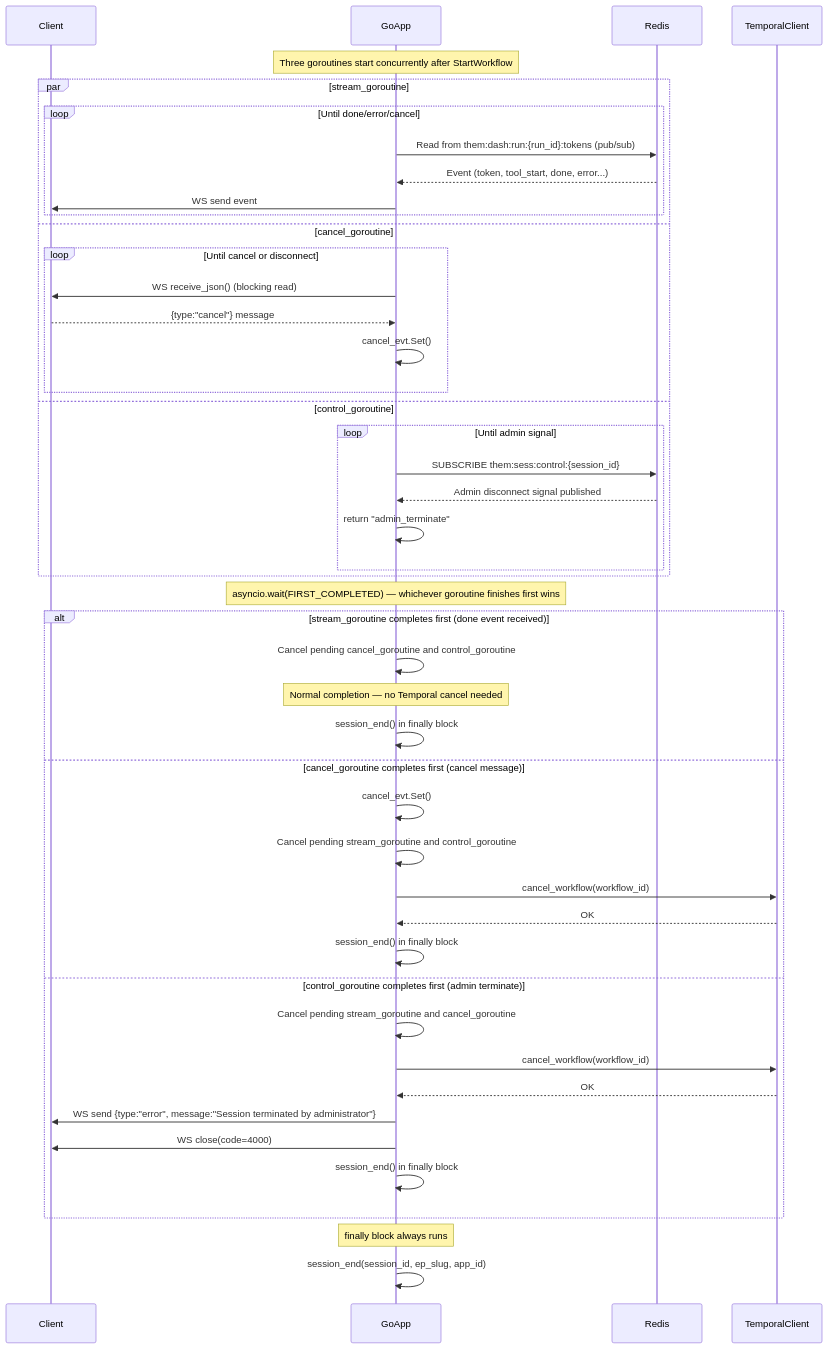
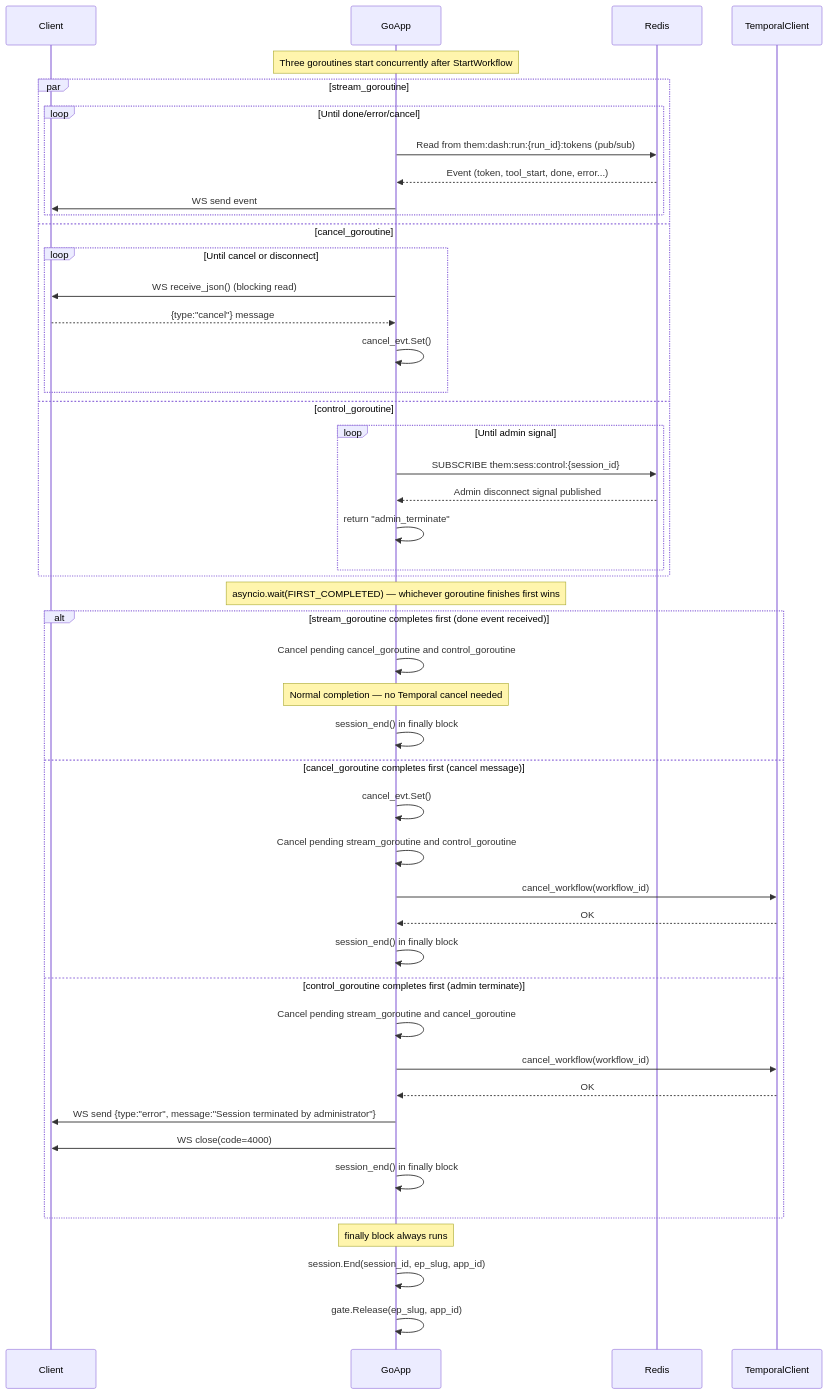
The second of 6 diagrams in theM_gateway/docs/architecture-v2/10-sequence-diagrams.md (aviciot/theM), drawn with Mermaid before and after one commit. The commit also changed other lines of this file and 4 other files, not shown here.

````diff
--- a/theM_gateway/docs/architecture-v2/10-sequence-diagrams.md
+++ b/theM_gateway/docs/architecture-v2/10-sequence-diagrams.md
@@ -107,53 +117,54 @@
 ```mermaid
 sequenceDiagram
     participant C as Client
     participant GA as GoApp
     participant Redis as Redis
     participant TC as TemporalClient
 
     Note over GA: Three goroutines start concurrently after StartWorkflow
 
     par stream_goroutine
         loop Until done/error/cancel
             GA->>Redis: Read from them:dash:run:{run_id}:tokens (pub/sub)
             Redis-->>GA: Event (token, tool_start, done, error...)
             GA->>C: WS send event
         end
     and cancel_goroutine
         loop Until cancel or disconnect
             GA->>C: WS receive_json() (blocking read)
             C-->>GA: {type:"cancel"} message
             GA->>GA: cancel_evt.Set()
         end
     and control_goroutine
         loop Until admin signal
             GA->>Redis: SUBSCRIBE them:sess:control:{session_id}
             Redis-->>GA: Admin disconnect signal published
             GA->>GA: return "admin_terminate"
         end
     end
 
     Note over GA: asyncio.wait(FIRST_COMPLETED) — whichever goroutine finishes first wins
 
     alt stream_goroutine completes first (done event received)
         GA->>GA: Cancel pending cancel_goroutine and control_goroutine
         Note over GA: Normal completion — no Temporal cancel needed
         GA->>GA: session_end() in finally block
     else cancel_goroutine completes first (cancel message)
         GA->>GA: cancel_evt.Set()
         GA->>GA: Cancel pending stream_goroutine and control_goroutine
         GA->>TC: cancel_workflow(workflow_id)
         TC-->>GA: OK
         GA->>GA: session_end() in finally block
     else control_goroutine completes first (admin terminate)
         GA->>GA: Cancel pending stream_goroutine and cancel_goroutine
         GA->>TC: cancel_workflow(workflow_id)
         TC-->>GA: OK
         GA->>C: WS send {type:"error", message:"Session terminated by administrator"}
         GA->>C: WS close(code=4000)
         GA->>GA: session_end() in finally block
     end
 
     Note over GA: finally block always runs
-    GA->>GA: session_end(session_id, ep_slug, app_id)
+    GA->>GA: session.End(session_id, ep_slug, app_id)
+    GA->>GA: gate.Release(ep_slug, app_id)
 ```
````
